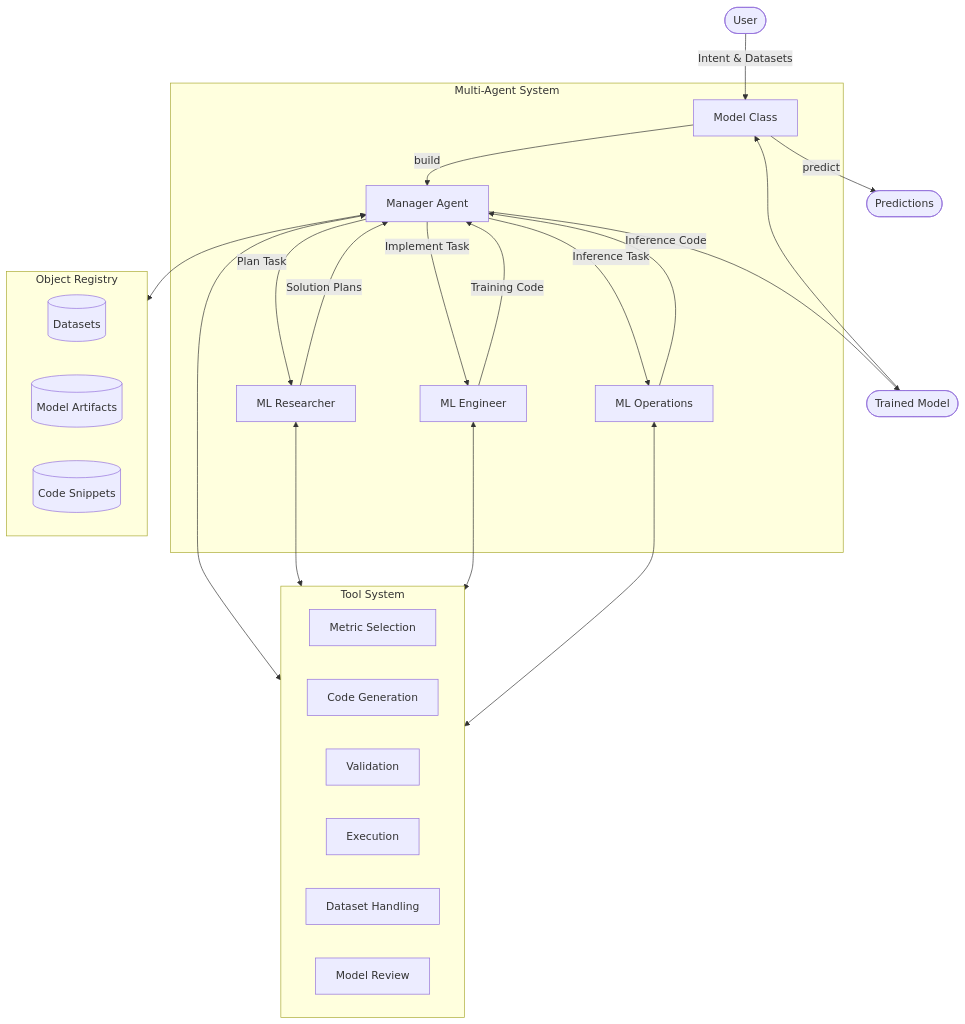
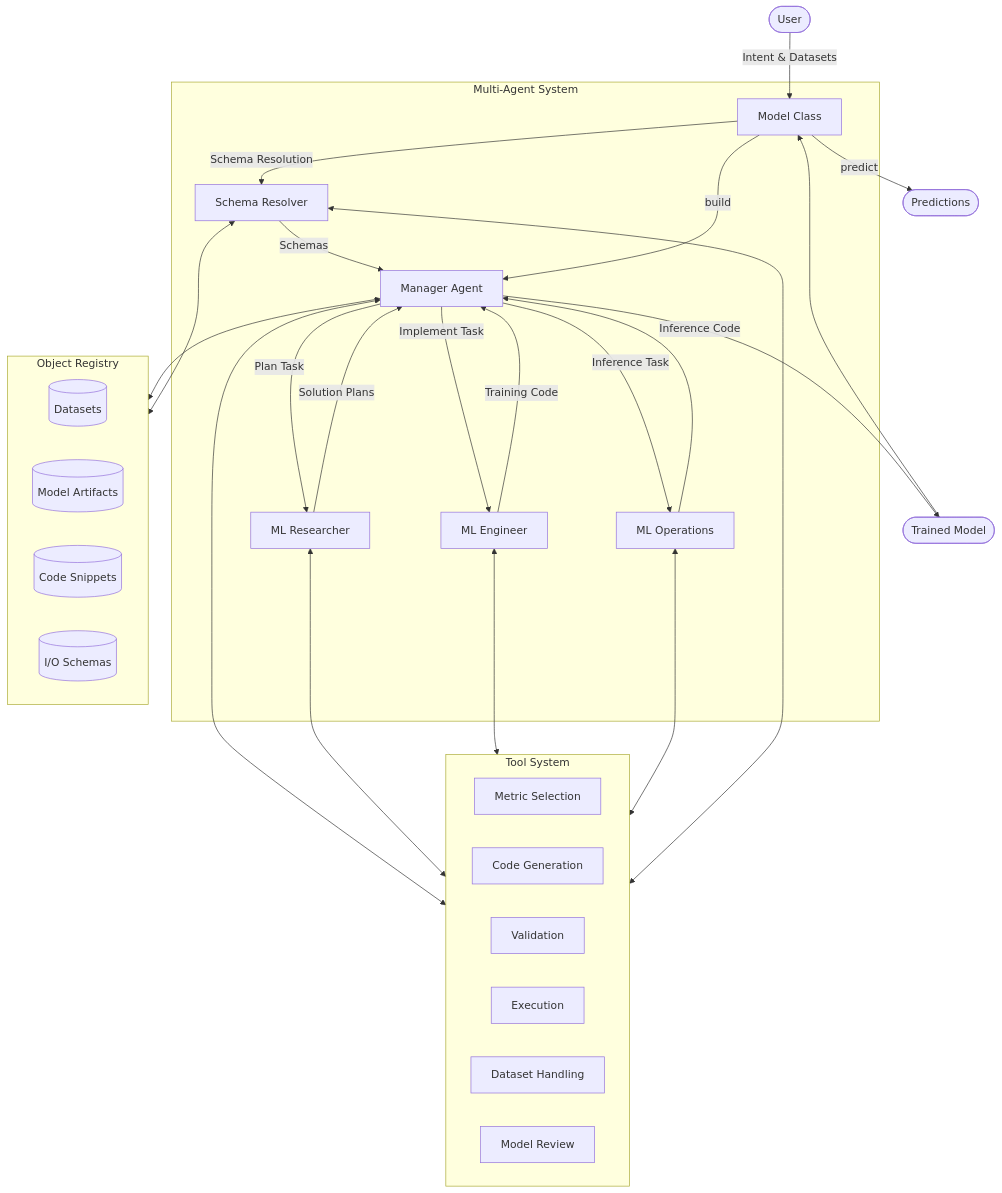
Before and after one commit to ptdatta/plexe: the diagram in docs/architecture/multi-agent-system.md, drawn with Mermaid. The commit also changed other lines of this file and 12 other files, not shown here.

First line of the commit message:
feature: flexible model schema inference (#116)

````diff
--- a/docs/architecture/multi-agent-system.md
+++ b/docs/architecture/multi-agent-system.md
@@ -36,40 +37,45 @@
 ```mermaid
 graph TD
     User([User]) --> |"Intent & Datasets"| Model["Model Class"]
     
     subgraph "Multi-Agent System"
+        Model --> |"Schema Resolution"| SchemaResolver["Schema Resolver"]
+        SchemaResolver --> |"Schemas"| Orchestrator
         Model --> |build| Orchestrator["Manager Agent"]
         Orchestrator --> |"Plan Task"| MLS["ML Researcher"]
         Orchestrator --> |"Implement Task"| MLE["ML Engineer"]
         Orchestrator --> |"Inference Task"| MLOPS["ML Operations"]
         
         MLS --> |"Solution Plans"| Orchestrator
         MLE --> |"Training Code"| Orchestrator
         MLOPS --> |"Inference Code"| Orchestrator
     end
     
     subgraph Registry["Object Registry"]
         Datasets[(Datasets)]
         Artifacts[(Model Artifacts)]
         Code[(Code Snippets)]
+        Schemas[(I/O Schemas)]
     end
     
     subgraph Tools["Tool System"]
         MetricTool["Metric Selection"]
         CodeGenTool["Code Generation"]
         ValidationTool["Validation"]
         ExecutionTool["Execution"]
         DatasetTool["Dataset Handling"]
         ReviewTool["Model Review"]
     end
     
     Orchestrator <--> Registry
     Orchestrator <--> Tools
     MLS <--> Tools
     MLE <--> Tools
     MLOPS <--> Tools
+    SchemaResolver <--> Registry
+    SchemaResolver <--> Tools
     
     Orchestrator --> Result([Trained Model])
     Result --> Model
     Model --> |predict| Prediction([Predictions])
 ```
````
